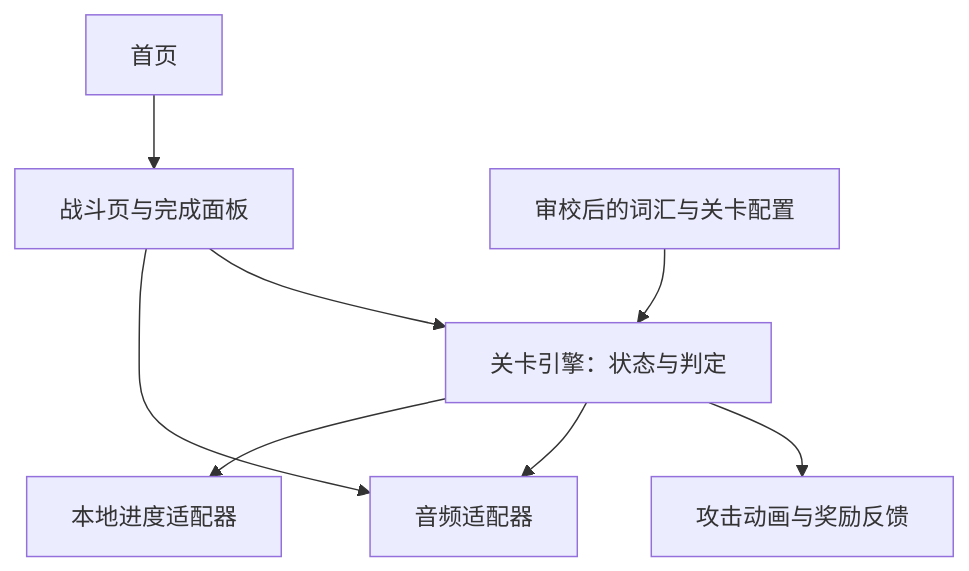
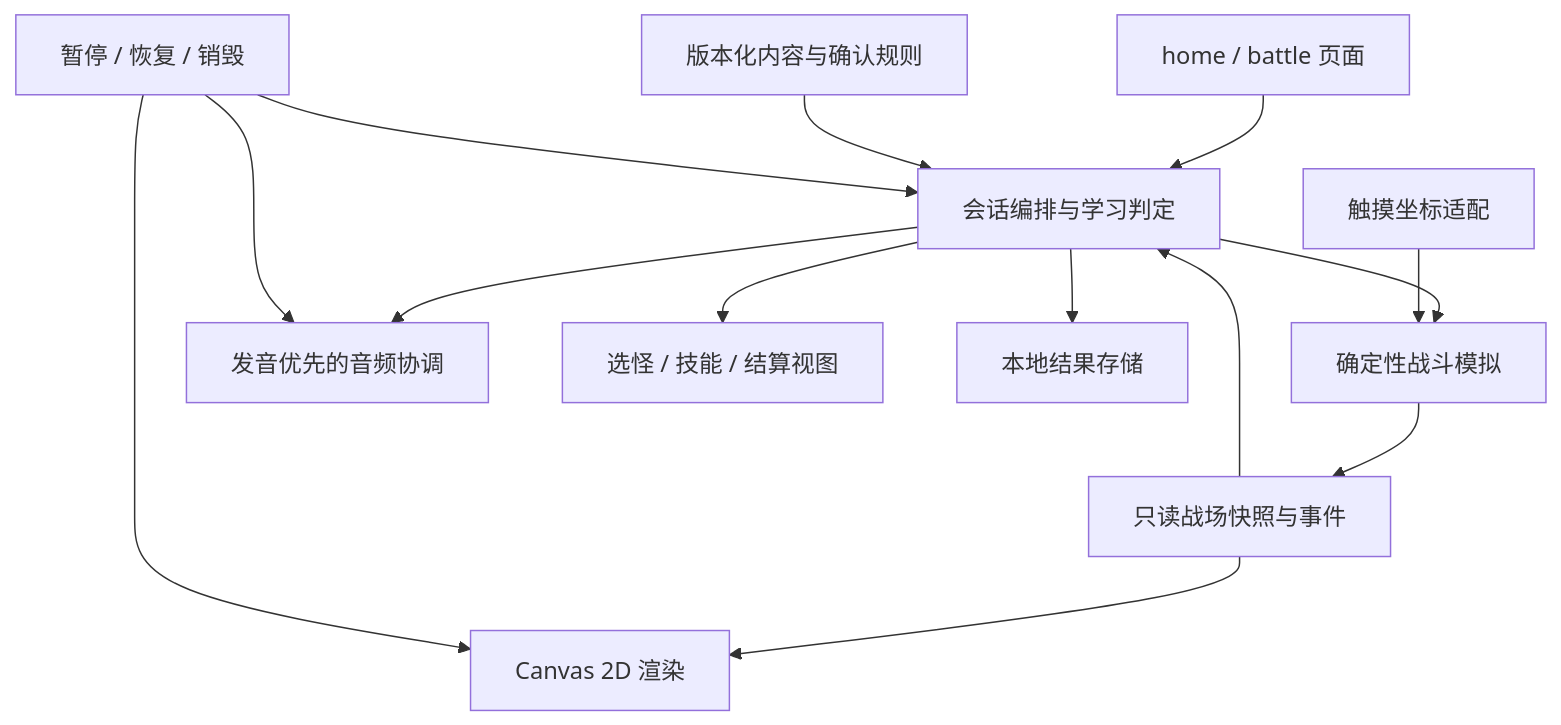
One commit to zfz193071/word-monster-weapp changed the diagram in architecture.md. Above: the diagram before and after it, drawn with Mermaid. The commit also changed other lines of this file and 4 other files, not shown here.

````diff
--- a/architecture.md
+++ b/architecture.md
@@ -69,10 +54,16 @@
 ```mermaid
 flowchart TD
-    Home[首页] --> Battle[战斗页与完成面板]
-    Battle --> Engine[关卡引擎：状态与判定]
-    Content[审校后的词汇与关卡配置] --> Engine
-    Engine --> Feedback[攻击动画与奖励反馈]
-    Engine --> Audio[音频适配器]
-    Battle --> Audio
-    Engine --> Progress[本地进度适配器]
+  Page[home / battle 页面] --> Session[会话编排与学习判定]
+  Content[版本化内容与确认规则] --> Session
+  Session --> Combat[确定性战斗模拟]
+  Input[触摸坐标适配] --> Combat
+  Combat --> Snapshot[只读战场快照与事件]
+  Snapshot --> Renderer[Canvas 2D 渲染]
+  Snapshot --> Session
+  Session --> Audio[发音优先的音频协调]
+  Session --> HUD[选怪 / 技能 / 结算视图]
+  Session --> Results[本地结果存储]
+  Lifecycle[暂停 / 恢复 / 销毁] --> Session
+  Lifecycle --> Renderer
+  Lifecycle --> Audio
 ```
````
